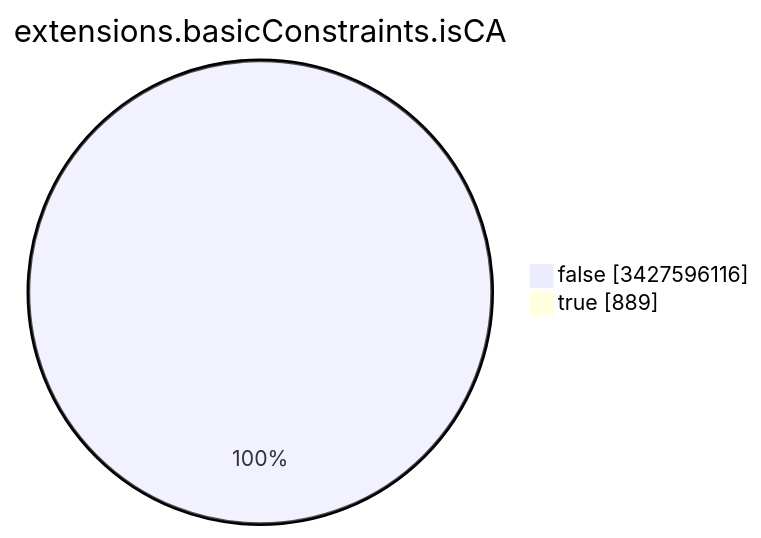
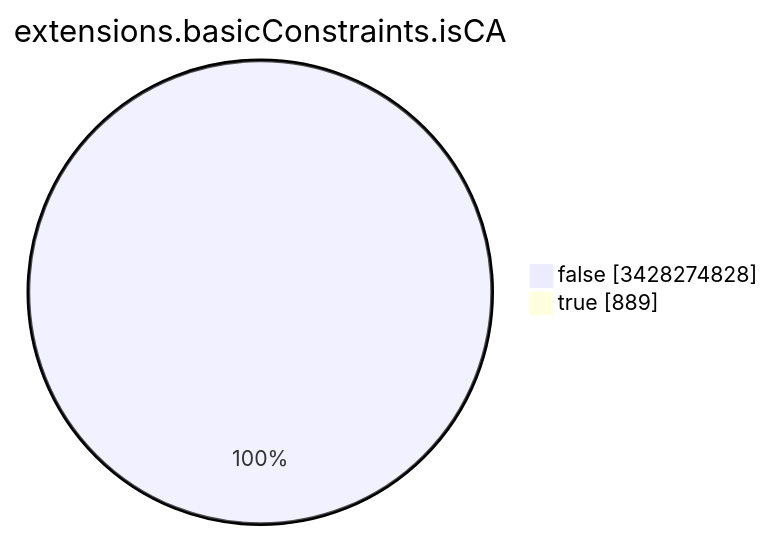
The seventh of 15 diagrams in TOTAL/README.md (christiankrug/ctmonitor_visualization), drawn with Mermaid before and after one commit. The commit also changed other lines of this file, not shown here.

````diff
--- a/TOTAL/README.md
+++ b/TOTAL/README.md
@@ -3092,6 +3092,6 @@
 ```mermaid
 pie showData
 title extensions.basicConstraints.isCA
-"false" :3427596116
+"false" :3428274828
 "true" :889
 ```
````
